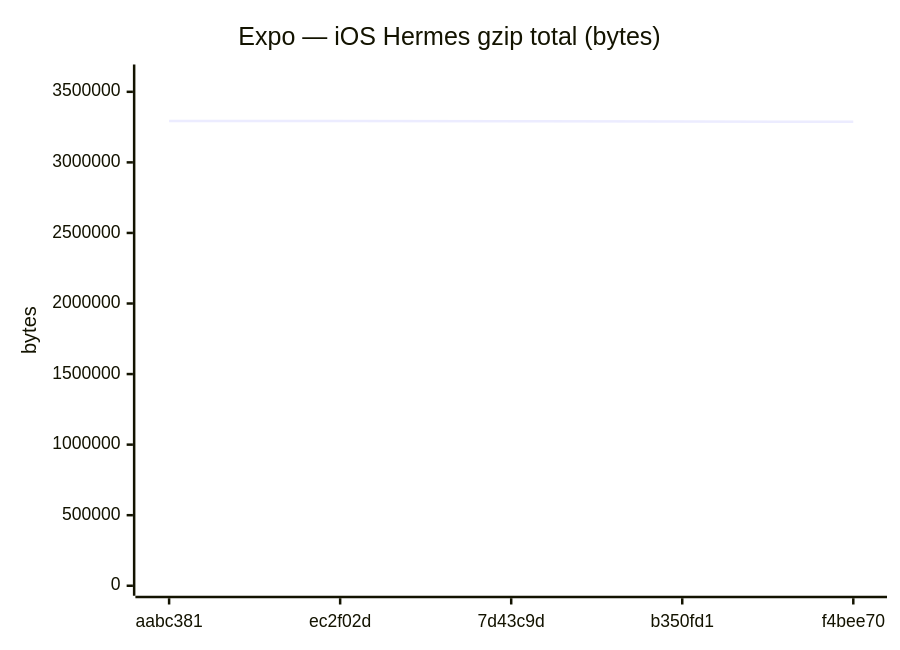
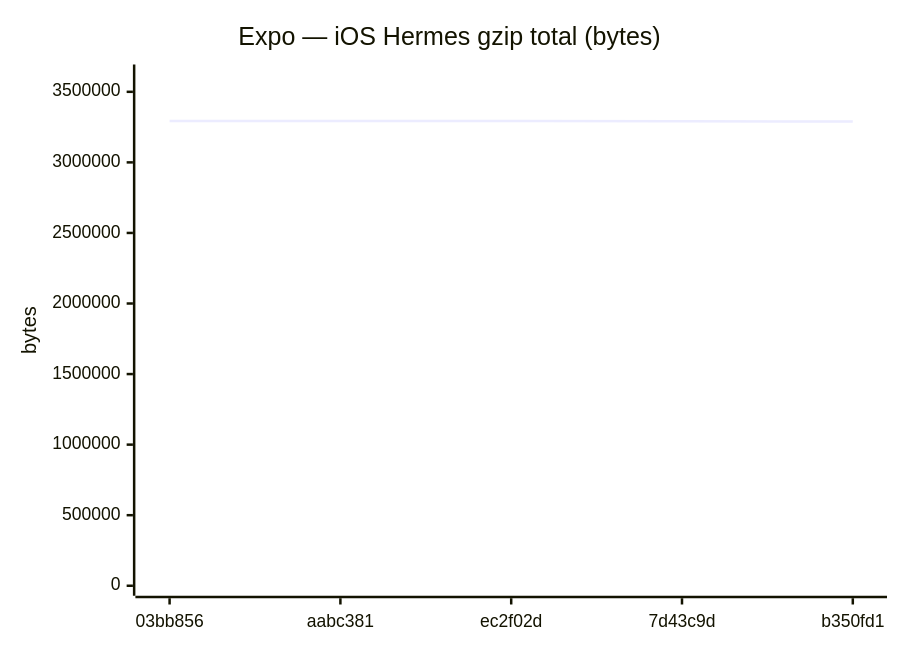
One commit to Metaheurist/Rianell changed diagram 12 of 18 in benchmarks/compare.md. Above: the diagram before and after it, drawn with Mermaid. The commit also changed other lines of this file and 11 other files, not shown here.

````diff
--- a/benchmarks/compare.md
+++ b/benchmarks/compare.md
@@ -179,7 +179,7 @@
 ```mermaid
 xychart-beta
     title "Expo — iOS Hermes gzip total (bytes)"
-    x-axis ["aabc381", "ec2f02d", "7d43c9d", "b350fd1", "f4bee70"]
+    x-axis ["03bb856", "aabc381", "ec2f02d", "7d43c9d", "b350fd1"]
     y-axis "bytes" 0 --> 3622750
-    line [3293409, 3293314, 3291396, 3288856, 3288399]
+    line [3293200, 3293409, 3293314, 3291396, 3288856]
 ```
````
